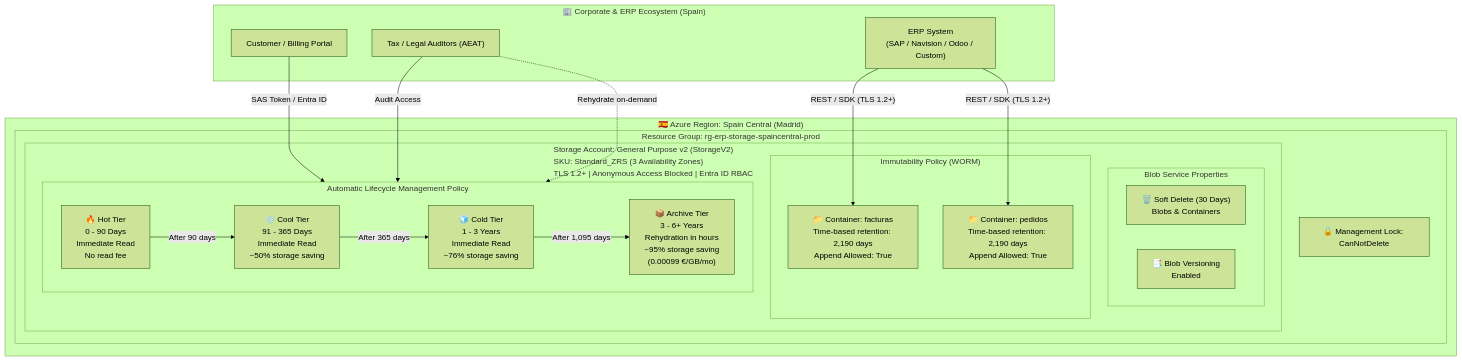
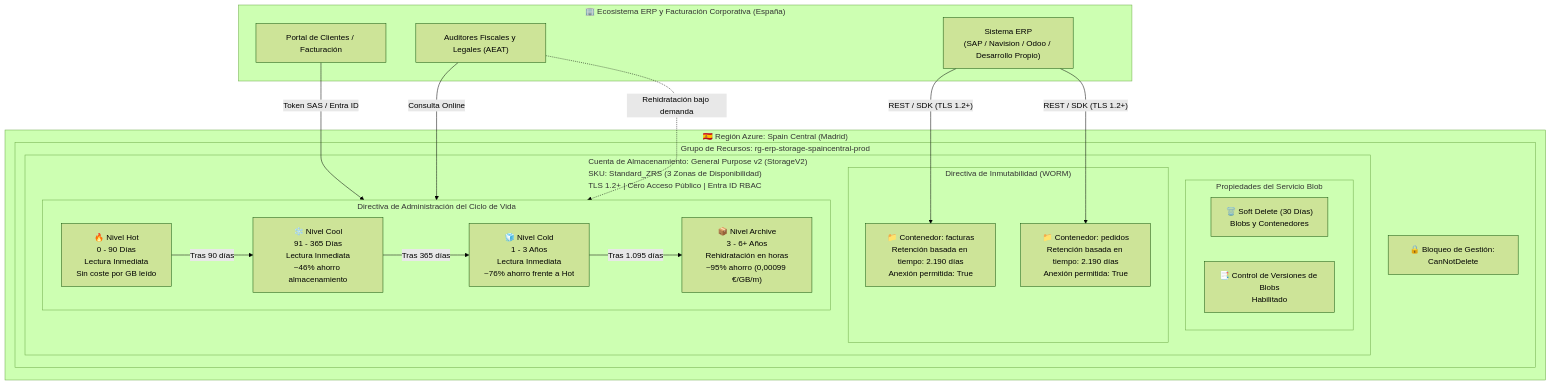
The diagram in docs/ARCHITECTURE.md (nubenetes/azure-storage-erp-compliance-iac), drawn with Mermaid (forest theme) before and after one commit. The commit also changed other lines of this file and 7 other files, not shown here.

Commit message:
docs: adapt all markdown documentation to Spanish for Spain enterprise client

````diff
--- a/docs/ARCHITECTURE.md
+++ b/docs/ARCHITECTURE.md
@@ -30,45 +30,45 @@
 ```mermaid
 flowchart TD
-    subgraph ClientLayer["🏢 Corporate & ERP Ecosystem (Spain)"]
-        ERP["ERP System<br/>(SAP / Navision / Odoo / Custom)"]
-        Portal["Customer / Billing Portal"]
-        Auditor["Tax / Legal Auditors (AEAT)"]
+    subgraph ClientLayer["🏢 Ecosistema ERP y Facturación Corporativa (España)"]
+        ERP["Sistema ERP<br/>(SAP / Navision / Odoo / Desarrollo Propio)"]
+        Portal["Portal de Clientes / Facturación"]
+        Auditor["Auditores Fiscales y Legales (AEAT)"]
     end
 
-    subgraph SpainCentral["🇪🇸 Azure Region: Spain Central (Madrid)"]
-        subgraph RG["Resource Group: rg-erp-storage-spaincentral-prod"]
-            Lock["🔒 Management Lock: CanNotDelete"]
+    subgraph SpainCentral["🇪🇸 Región Azure: Spain Central (Madrid)"]
+        subgraph RG["Grupo de Recursos: rg-erp-storage-spaincentral-prod"]
+            Lock["🔒 Bloqueo de Gestión: CanNotDelete"]
             
-            subgraph SA["Storage Account: General Purpose v2 (StorageV2)<br/>SKU: Standard_ZRS (3 Availability Zones)<br/>TLS 1.2+ | Anonymous Access Blocked | Entra ID RBAC"]
+            subgraph SA["Cuenta de Almacenamiento: General Purpose v2 (StorageV2)<br/>SKU: Standard_ZRS (3 Zonas de Disponibilidad)<br/>TLS 1.2+ | Cero Acceso Público | Entra ID RBAC"]
                 
-                subgraph BlobService["Blob Service Properties"]
-                    SoftDel["🗑️ Soft Delete (30 Days)<br/>Blobs & Containers"]
-                    Version["📑 Blob Versioning<br/>Enabled"]
+                subgraph BlobService["Propiedades del Servicio Blob"]
+                    SoftDel["🗑️ Soft Delete (30 Días)<br/>Blobs y Contenedores"]
+                    Version["📑 Control de Versiones de Blobs<br/>Habilitado"]
                 end
 
-                subgraph Containers["Immutability Policy (WORM)"]
-                    C1["📁 Container: facturas<br/>Time-based retention: 2,190 days<br/>Append Allowed: True"]
-                    C2["📁 Container: pedidos<br/>Time-based retention: 2,190 days<br/>Append Allowed: True"]
+                subgraph Containers["Directiva de Inmutabilidad (WORM)"]
+                    C1["📁 Contenedor: facturas<br/>Retención basada en tiempo: 2.190 días<br/>Anexión permitida: True"]
+                    C2["📁 Contenedor: pedidos<br/>Retención basada en tiempo: 2.190 días<br/>Anexión permitida: True"]
                 end
 
-                subgraph Lifecycle["Automatic Lifecycle Management Policy"]
+                subgraph Lifecycle["Directiva de Administración del Ciclo de Vida"]
                     direction LR
-                    T_Hot["🔥 Hot Tier<br/>0 - 90 Days<br/>Immediate Read<br/>No read fee"]
-                    T_Cool["❄️ Cool Tier<br/>91 - 365 Days<br/>Immediate Read<br/>~50% storage saving"]
-                    T_Cold["🧊 Cold Tier<br/>1 - 3 Years<br/>Immediate Read<br/>~76% storage saving"]
-                    T_Archive["📦 Archive Tier<br/>3 - 6+ Years<br/>Rehydration in hours<br/>~95% storage saving<br/>(0.00099 €/GB/mo)"]
+                    T_Hot["🔥 Nivel Hot<br/>0 - 90 Días<br/>Lectura Inmediata<br/>Sin coste por GB leído"]
+                    T_Cool["❄️ Nivel Cool<br/>91 - 365 Días<br/>Lectura Inmediata<br/>~46% ahorro almacenamiento"]
+                    T_Cold["🧊 Nivel Cold<br/>1 - 3 Años<br/>Lectura Inmediata<br/>~76% ahorro frente a Hot"]
+                    T_Archive["📦 Nivel Archive<br/>3 - 6+ Años<br/>Rehidratación en horas<br/>~95% ahorro (0,00099 €/GB/m)"]
 
-                    T_Hot -->|After 90 days| T_Cool
-                    T_Cool -->|After 365 days| T_Cold
-                    T_Cold -->|After 1,095 days| T_Archive
+                    T_Hot -->|Tras 90 días| T_Cool
+                    T_Cool -->|Tras 365 días| T_Cold
+                    T_Cold -->|Tras 1.095 días| T_Archive
                 end
             end
         end
     end
 
     ERP -->|"REST / SDK (TLS 1.2+)"| C1
     ERP -->|"REST / SDK (TLS 1.2+)"| C2
-    Portal -->|"SAS Token / Entra ID"| T_Hot
-    Auditor -->|"Audit Access"| T_Cold
-    Auditor -.->|"Rehydrate on-demand"| T_Archive
+    Portal -->|"Token SAS / Entra ID"| T_Hot
+    Auditor -->|"Consulta Online"| T_Cold
+    Auditor -.->|"Rehidratación bajo demanda"| T_Archive
 ```
````
